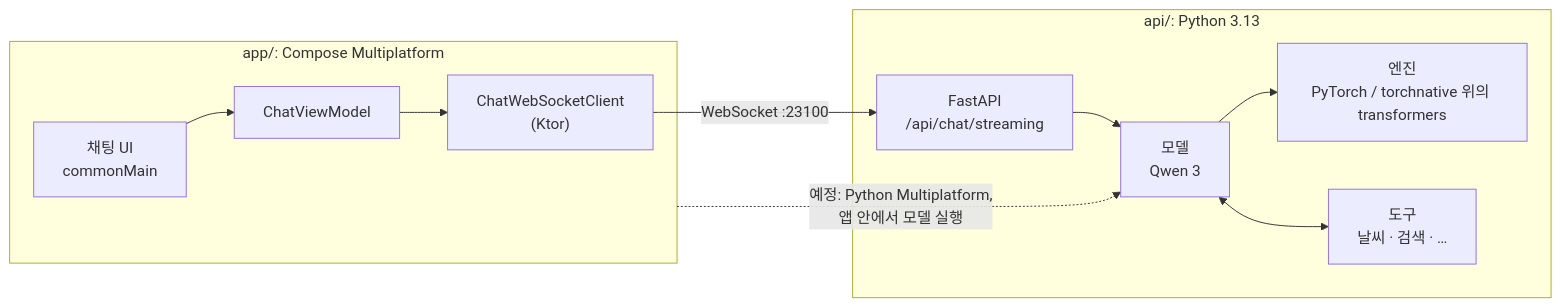
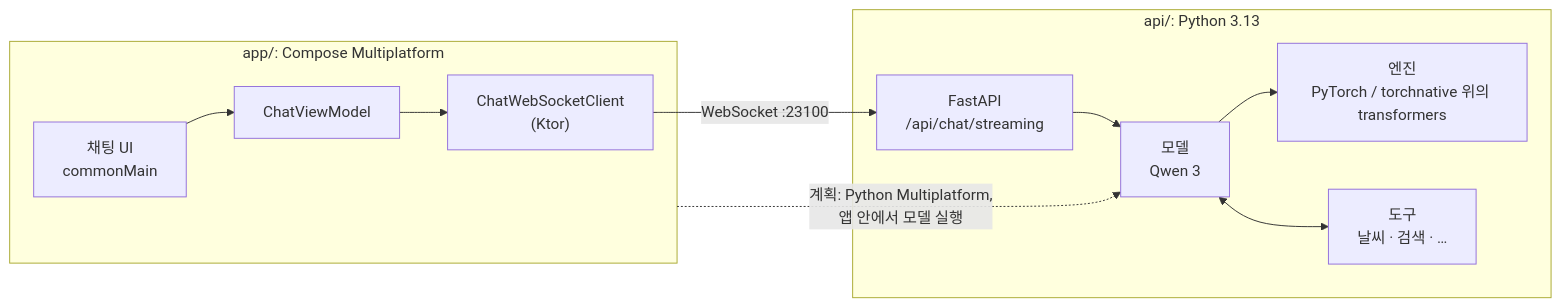
The diagram in docs/locale/README_ko.md (LogitAI/Gemstone), drawn with Mermaid before and after one commit. The commit also changed other lines of this file and 1 other file, not shown here.

````diff
--- a/docs/locale/README_ko.md
+++ b/docs/locale/README_ko.md
@@ -125,13 +126,13 @@
 ```mermaid
 flowchart LR
     subgraph Client["app/: Compose Multiplatform"]
         UI["채팅 UI<br/>commonMain"] --> VM["ChatViewModel"] --> WS["ChatWebSocketClient<br/>(Ktor)"]
     end
     subgraph Server["api/: Python 3.13"]
         EP["FastAPI<br/>/api/chat/streaming"] --> M["모델<br/>Qwen 3"]
         M --> B["엔진<br/>PyTorch / torchnative 위의 transformers"]
         M <--> T["도구<br/>날씨 · 검색 · …"]
     end
     WS -- "WebSocket :23100" --> EP
-    Client -. "예정: Python Multiplatform,<br/>앱 안에서 모델 실행" .-> M
+    Client -. "계획: Python Multiplatform,<br/>앱 안에서 모델 실행" .-> M
 ```
````
